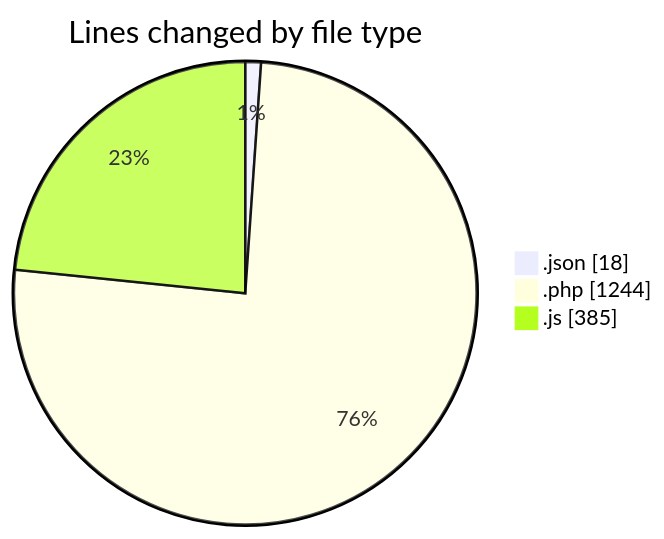
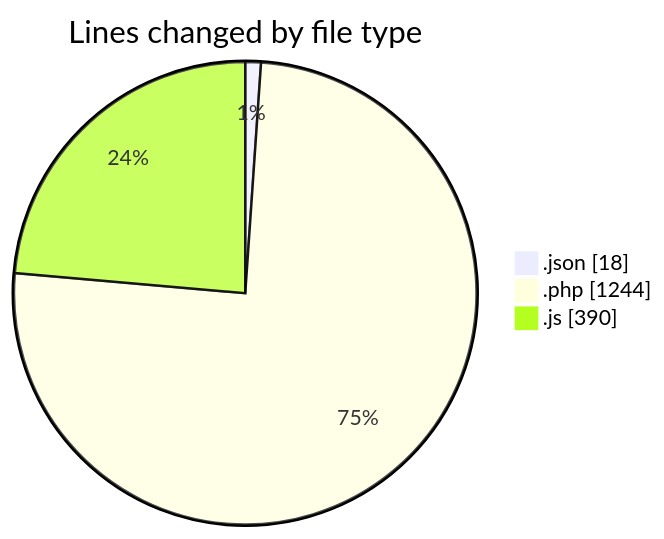
Before and after one commit to debugP/code-tracking: the first of 2 diagrams in 2025-09-26/untitled__workspace_/README.md, drawn with Mermaid. The commit also changed other lines of this file and 1 other file, not shown here.

````diff
--- a/2025-09-26/untitled__workspace_/README.md
+++ b/2025-09-26/untitled__workspace_/README.md
@@ -24,7 +24,7 @@
 ```mermaid
 pie showData
 title Lines changed by file type
 ".json" : 18
 ".php" : 1244
-".js" : 385
+".js" : 390
 ```
````
